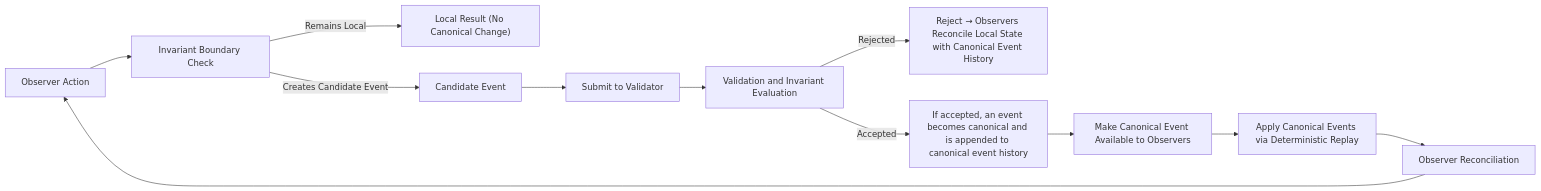
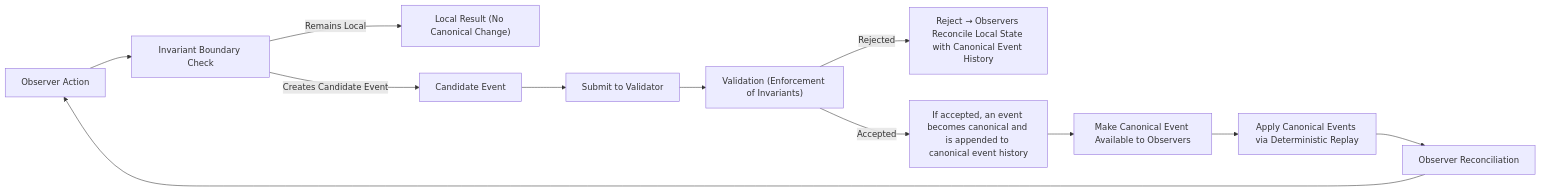
One commit to godofthunder101/crypsa-architecture changed the diagram in architecture/CrypSA_Runtime_Model.md. Above: the diagram before and after it, drawn with Mermaid. The commit also changed other lines of this file, not shown here.

Commit message:
Refine validation terminology in CrypSA documentation

`````diff
--- a/architecture/CrypSA_Runtime_Model.md
+++ b/architecture/CrypSA_Runtime_Model.md
@@ -58,25 +58,25 @@
 ```mermaid
 flowchart LR
 
 A["Observer Action"] --> B["Invariant Boundary Check"]
 
 B -->|Remains Local| L["Local Result (No Canonical Change)"]
 
 B -->|Creates Candidate Event| C["Candidate Event"]
 
 C --> D["Submit to Validator"]
 
-D --> E["Validation and Invariant Evaluation"]
+D --> E["Validation (Enforcement of Invariants)"]
 
 E -->|Rejected| R["Reject → Observers Reconcile Local State with Canonical Event History"]
 
 E -->|Accepted| F["If accepted, an event becomes canonical and is appended to canonical event history"]
 
 F --> G["Make Canonical Event Available to Observers"]
 
 G --> H["Apply Canonical Events via Deterministic Replay"]
 
 H --> I["Observer Reconciliation"]
 
 I --> A
-```
+````
`````
